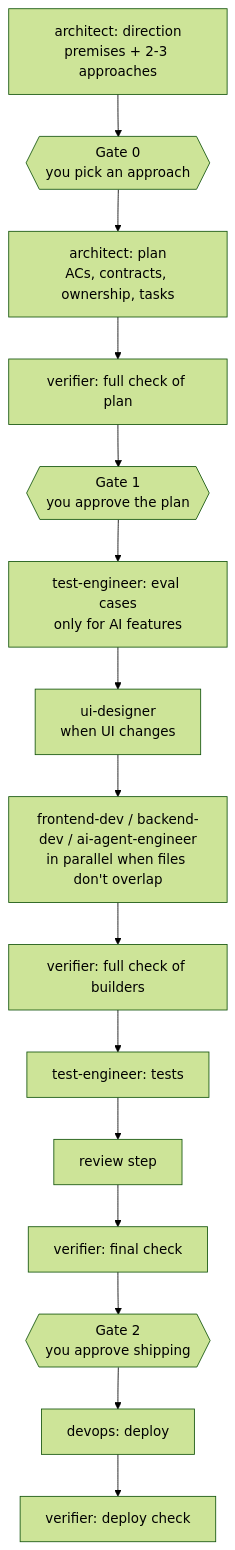
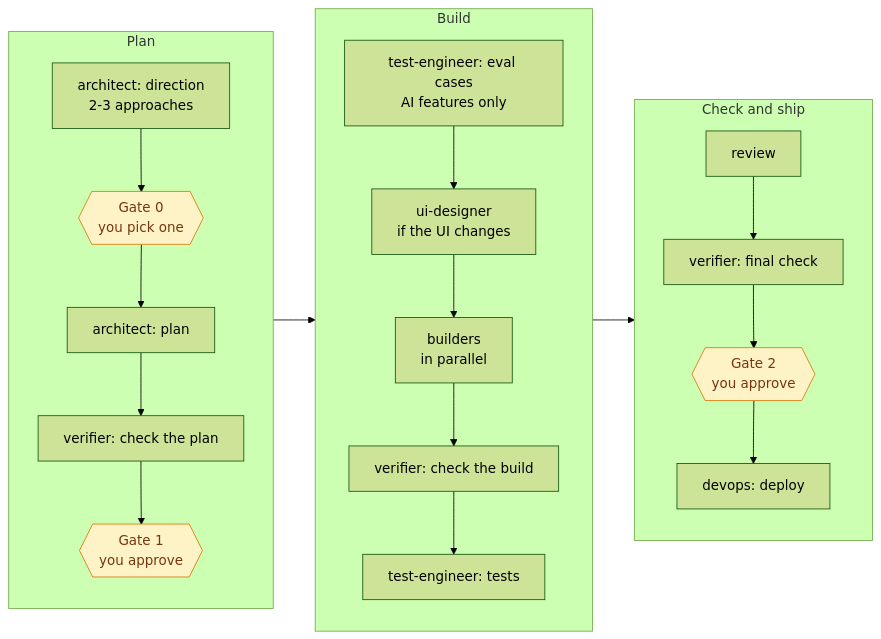
One commit to suryas91/claude-skills changed the first of 6 diagrams in docs/flows.md. Above: the diagram before and after it, drawn with Mermaid (forest theme). The commit also changed other lines of this file and 31 other files, not shown here.

````diff
--- a/docs/flows.md
+++ b/docs/flows.md
@@ -36,16 +45,18 @@
 ```mermaid
-flowchart TD
-    A1[architect: direction<br/>premises + 2-3 approaches] --> G0{{Gate 0<br/>you pick an approach}}
-    G0 --> A2[architect: plan<br/>ACs, contracts, ownership, tasks]
-    A2 --> FC1[verifier: full check of plan]
-    FC1 --> G1{{Gate 1<br/>you approve the plan}}
-    G1 --> E[test-engineer: eval cases<br/>only for AI features]
-    E --> D[ui-designer<br/>when UI changes]
-    D --> BLD[frontend-dev / backend-dev / ai-agent-engineer<br/>in parallel when files don't overlap]
-    BLD --> FC2[verifier: full check of builders]
-    FC2 --> T[test-engineer: tests]
-    T --> REV[review step]
-    REV --> FIN[verifier: final check]
-    FIN --> G2{{Gate 2<br/>you approve shipping}}
-    G2 --> DEV[devops: deploy] --> DC[verifier: deploy check]
+flowchart LR
+    subgraph P [Plan]
+        direction TB
+        A1[architect: direction<br/>2-3 approaches] --> G0{{Gate 0<br/>you pick one}} --> A2[architect: plan] --> V1[verifier: check the plan] --> G1{{Gate 1<br/>you approve}}
+    end
+    subgraph B [Build]
+        direction TB
+        E[test-engineer: eval cases<br/>AI features only] --> D[ui-designer<br/>if the UI changes] --> X[builders<br/>in parallel] --> V2[verifier: check the build] --> T[test-engineer: tests]
+    end
+    subgraph K [Check and ship]
+        direction TB
+        R[review] --> F[verifier: final check] --> G2{{Gate 2<br/>you approve}} --> O[devops: deploy]
+    end
+    P --> B --> K
+    classDef gate fill:#fef3c7,stroke:#d97706,color:#78350f
+    class G0,G1,G2 gate
 ```
````
